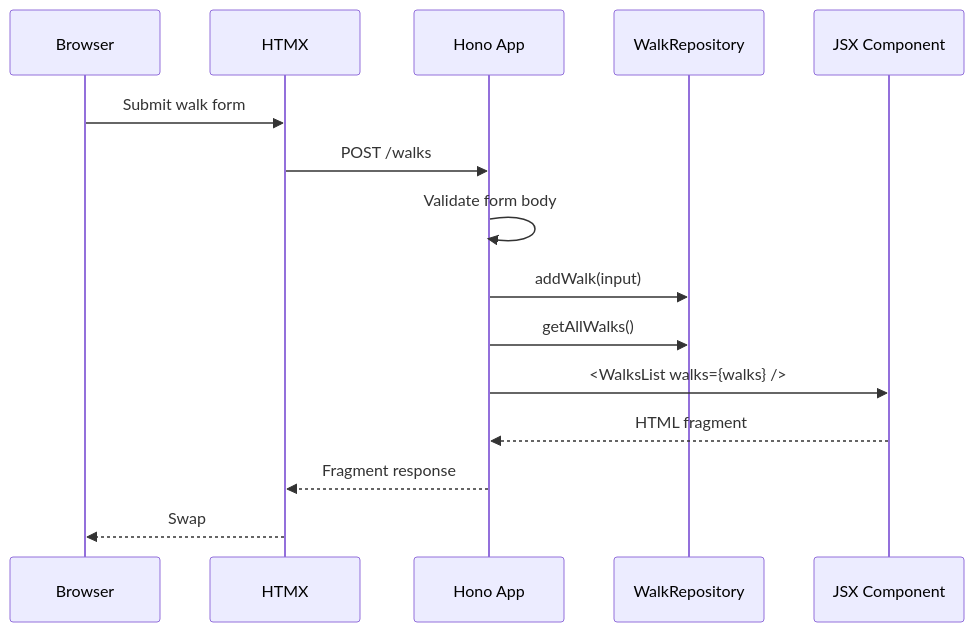
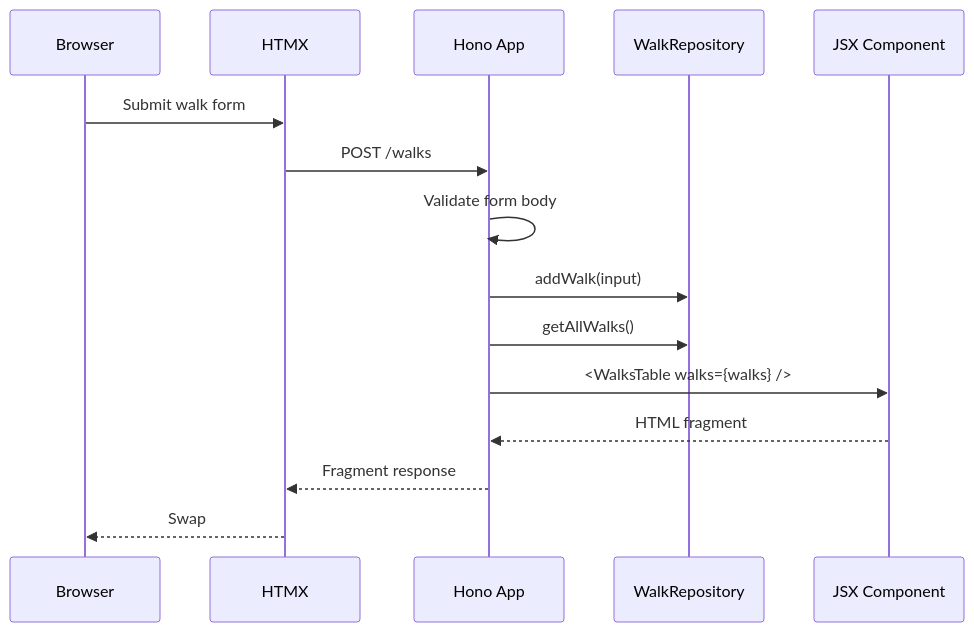
The diagram in README.md (Macavitymadcap/hyper-dank), drawn with Mermaid before and after one commit. The commit also changed 11 other files, not shown here.

Commit message:
Refine walks table and HTMX tests

````diff
--- a/README.md
+++ b/README.md
@@ -82,18 +82,18 @@
 ```mermaid
 sequenceDiagram
     participant Browser
     participant HTMX
     participant App as Hono App
     participant Repo as WalkRepository
     participant View as JSX Component
 
     Browser->>HTMX: Submit walk form
     HTMX->>App: POST /walks
     App->>App: Validate form body
     App->>Repo: addWalk(input)
     App->>Repo: getAllWalks()
-    App->>View: <WalksList walks={walks} />
+    App->>View: <WalksTable walks={walks} />
     View-->>App: HTML fragment
     App-->>HTMX: Fragment response
     HTMX-->>Browser: Swap #walks-list
 ```
````
